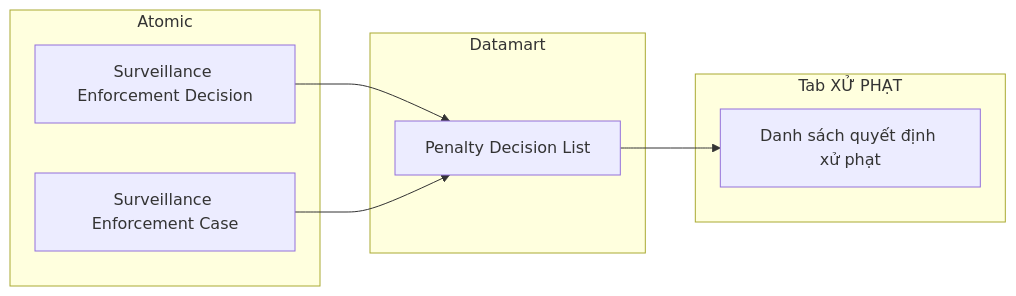
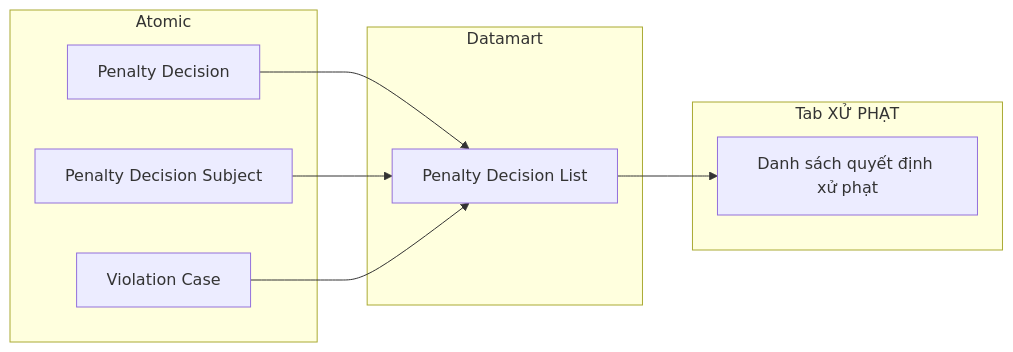
Diagram 38 of 43 in Datamart/hld/DTM_TT_HLD.md (linhlvit/ubck_atomic_design), drawn with Mermaid before and after one commit. The commit also changed other lines of this file and 9 other files, not shown here.

````diff
--- a/Datamart/hld/DTM_TT_HLD.md
+++ b/Datamart/hld/DTM_TT_HLD.md
@@ -941,16 +1447,18 @@
 ```mermaid
 flowchart LR
     subgraph SIL["Atomic"]
-        SV1["Surveillance Enforcement Decision"]
-        SV2["Surveillance Enforcement Case"]
+        SV1["Penalty Decision"]
+        SV2["Penalty Decision Subject"]
+        SV3["Violation Case"]
     end
     subgraph Datamart["Datamart"]
         G1["Penalty Decision List"]
     end
     subgraph RPT["Tab XỬ PHẠT"]
         R1["Danh sách quyết định xử phạt"]
     end
     SV1 --> G1
     SV2 --> G1
+    SV3 --> G1
     G1 --> R1
 ```
````
